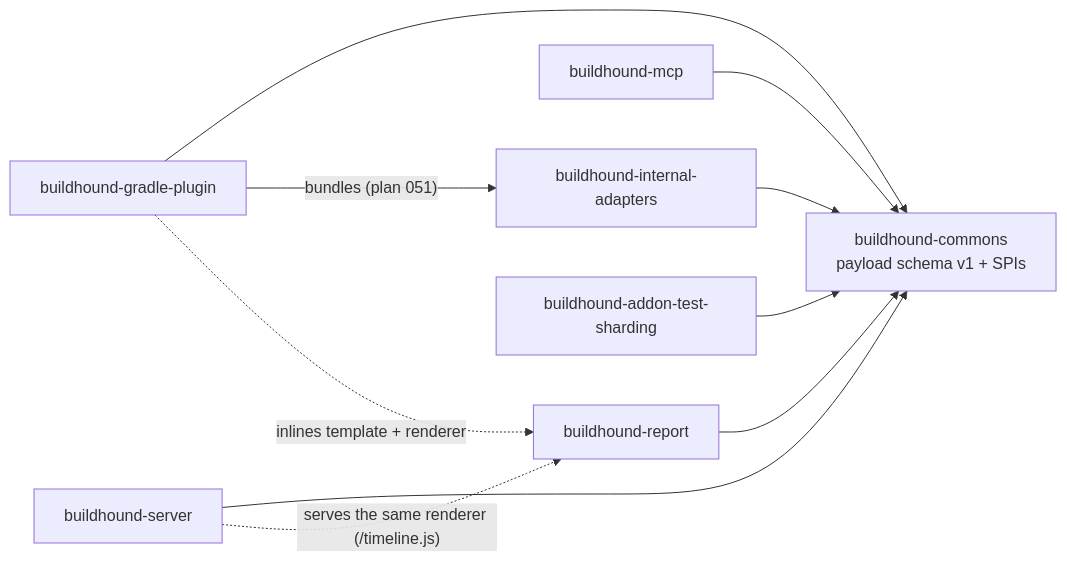
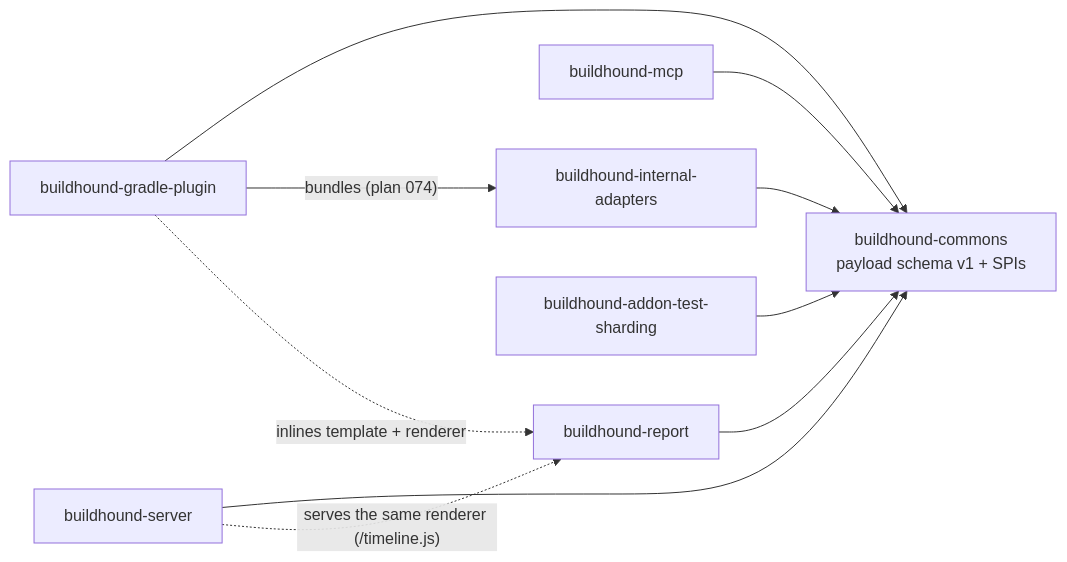
The second of 3 diagrams in docs/architecture.md (BuildHound/BuildHound), drawn with Mermaid before and after one commit. The commit also changed other lines of this file and 16 other files, not shown here.

````diff
--- a/docs/architecture.md
+++ b/docs/architecture.md
@@ -60,20 +60,20 @@
 ```mermaid
 flowchart LR
     commons["buildhound-commons<br/>payload schema v1 + SPIs"]
     plugin["buildhound-gradle-plugin"]
     server["buildhound-server"]
     report["buildhound-report"]
     mcp["buildhound-mcp"]
     ia["buildhound-internal-adapters"]
     sharding["buildhound-addon-test-sharding"]
 
     plugin --> commons
     server --> commons
     report --> commons
     mcp --> commons
     ia --> commons
     sharding --> commons
-    plugin -- "bundles (plan 051)" --> ia
+    plugin -- "bundles (plan 074)" --> ia
     plugin -. "inlines template + renderer" .-> report
     server -. "serves the same renderer (/timeline.js)" .-> report
 ```
````
